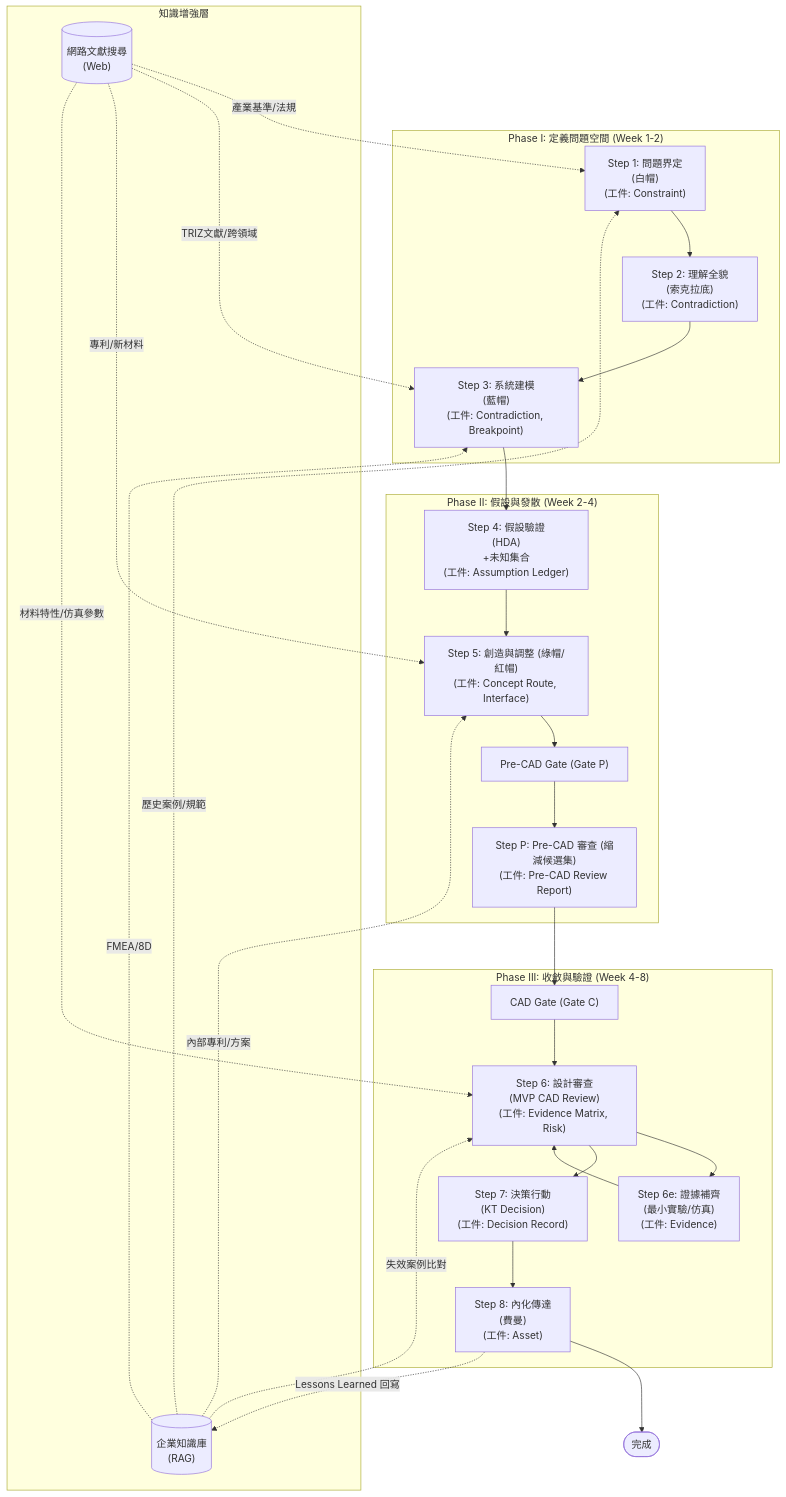
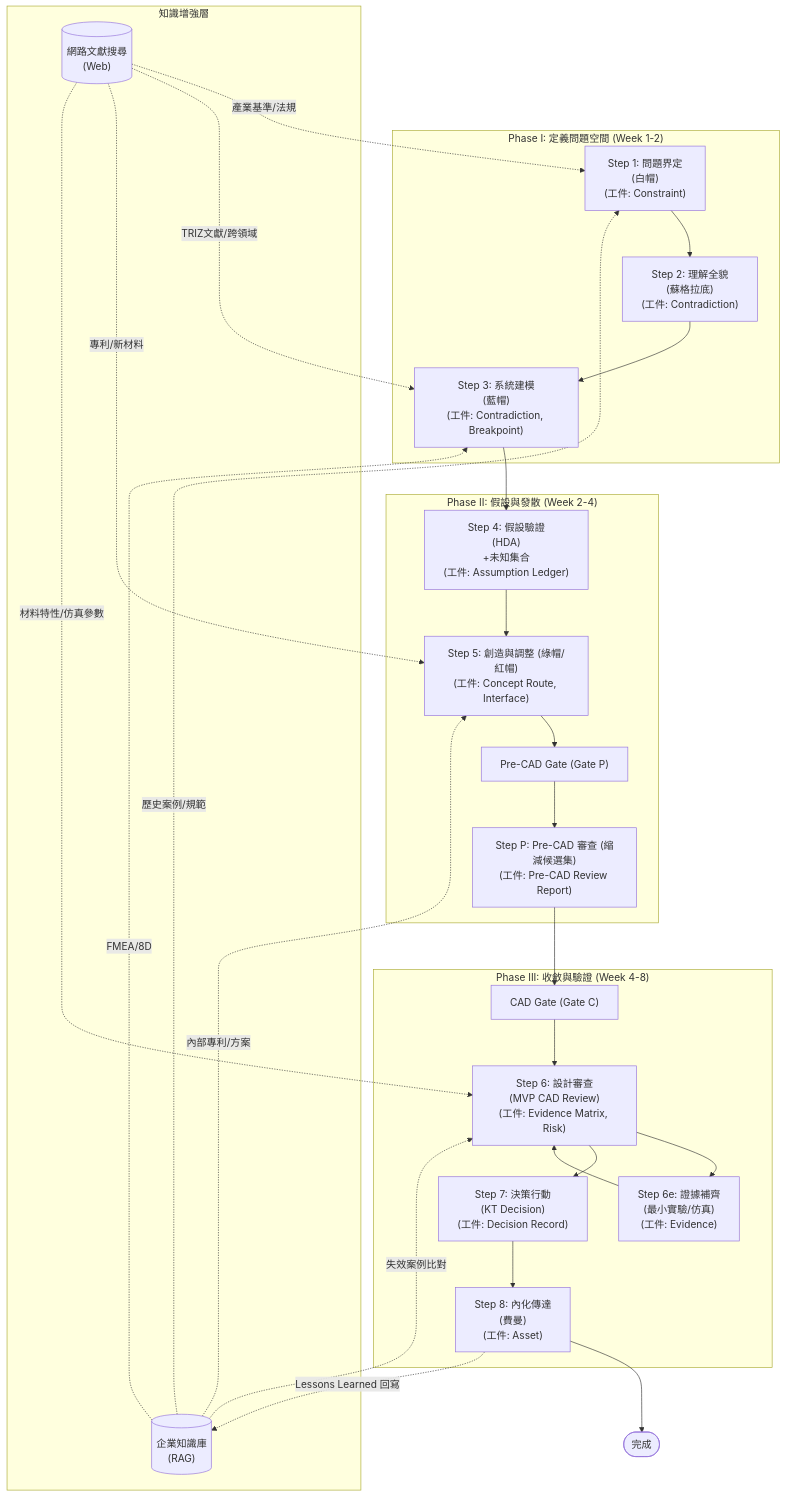
The second of 4 diagrams in docs/_domain-knowledge/E3x--methodology-overview.md (Zenobia000/design-copilot-blueprint), drawn with Mermaid before and after one commit. The commit also changed other lines of this file and 21 other files, not shown here.

First line of the commit message:
docs: add E4 ERD + GR6/GR7/GR10 gate review templates

````diff
--- a/docs/_domain-knowledge/E3x--methodology-overview.md
+++ b/docs/_domain-knowledge/E3x--methodology-overview.md
@@ -221,49 +221,49 @@
 ```mermaid
 graph TD
     subgraph PhaseI ["Phase I: 定義問題空間 (Week 1-2)"]
-        S1["Step 1: 問題界定<br>(白帽)<br>(工件: Constraint)"] --> S2["Step 2: 理解全貌<br>(索克拉底)<br>(工件: Contradiction)"]
+        S1["Step 1: 問題界定<br>(白帽)<br>(工件: Constraint)"] --> S2["Step 2: 理解全貌<br>(蘇格拉底)<br>(工件: Contradiction)"]
         S2 --> S3["Step 3: 系統建模<br>(藍帽)<br>(工件: Contradiction, Breakpoint)"]
     end
 
     subgraph PhaseII ["Phase II: 假設與發散 (Week 2-4)"]
         S4["Step 4: 假設驗證<br>(HDA)<br>+未知集合<br>(工件: Assumption Ledger)"]
         S5_Main["Step 5: 創造與調整 (綠帽/紅帽)<br>(工件: Concept Route, Interface)"]
         S_P["Step P: Pre-CAD 審查 (縮減候選集)<br>(工件: Pre-CAD Review Report)"]
 
         S4 --> S5_Main
         S5_Main --> SP_Gate["Pre-CAD Gate (Gate P)"]
         SP_Gate --> S_P
     end
 
     subgraph PhaseIII ["Phase III: 收斂與驗證 (Week 4-8)"]
         S6["Step 6: 設計審查<br>(MVP CAD Review)<br>(工件: Evidence Matrix, Risk)"]
         S6e["Step 6e: 證據補齊<br>(最小實驗/仿真)<br>(工件: Evidence)"]
         S7["Step 7: 決策行動<br>(KT Decision)<br>(工件: Decision Record)"]
         S8["Step 8: 內化傳達<br>(費曼)<br>(工件: Asset)"]
 
         S_P --> C_Gate["CAD Gate (Gate C)"]
         C_Gate --> S6
         S6 --> S6e
         S6e --> S6
         S6 --> S7
         S7 --> S8
     end
 
     S3 --> S4
     S8 --> End([完成])
 
     subgraph KnowledgeLayer ["知識增強層"]
         RAG[("企業知識庫<br>(RAG)")]
         WEB[("網路文獻搜尋<br>(Web)")]
     end
 
     RAG -.->|"歷史案例/規範"| S1
     RAG -.->|"FMEA/8D"| S3
     RAG -.->|"內部專利/方案"| S5_Main
     RAG -.->|"失效案例比對"| S6
     WEB -.->|"產業基準/法規"| S1
     WEB -.->|"TRIZ文獻/跨領域"| S3
     WEB -.->|"專利/新材料"| S5_Main
     WEB -.->|"材料特性/仿真參數"| S6
     S8 -.->|"Lessons Learned 回寫"| RAG
 ```
````
